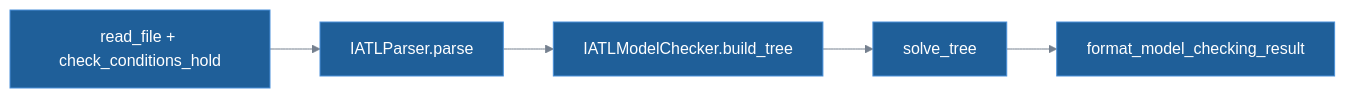
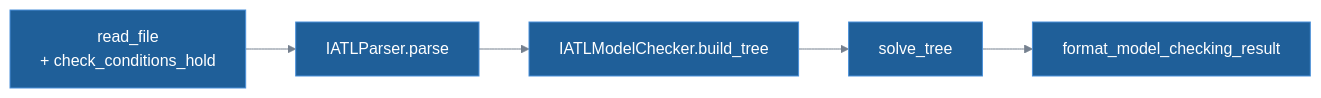
One commit to VITAMIN-organisation/vitamin-model-checker changed the diagram in docs/IATL/algorithm.md. Above: the diagram before and after it, drawn with Mermaid. The commit also changed 6 other files, not shown here.

````diff
--- a/docs/IATL/algorithm.md
+++ b/docs/IATL/algorithm.md
@@ -221,11 +221,11 @@
 ```mermaid
 %%{init: {"theme": "base", "themeVariables": {"primaryColor": "#1f5f99", "primaryTextColor": "#ffffff", "primaryBorderColor": "#4a90d9", "lineColor": "#75808f", "tertiaryTextColor": "#75808f", "titleColor": "#75808f", "clusterBkg": "transparent", "clusterBorder": "#75808f", "edgeLabelBackground": "transparent"}}}%%
 flowchart LR
-    load["read_file + check_conditions_hold"]
+    load["read_file<br/>+ check_conditions_hold"]
     parse["IATLParser.parse"]
     tree["IATLModelChecker.build_tree"]
     solve["solve_tree"]
     result["format_model_checking_result"]
 
     load --> parse --> tree --> solve --> result
 ```
````
